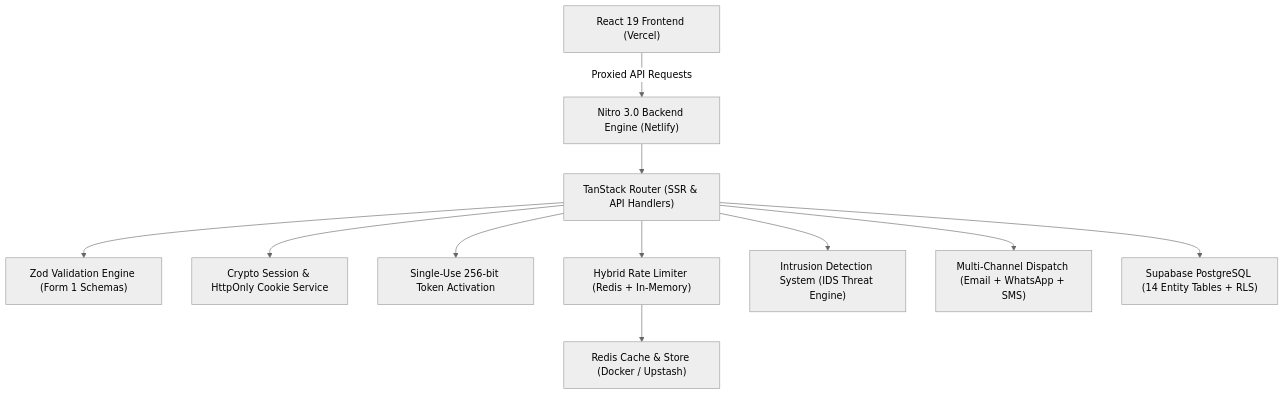
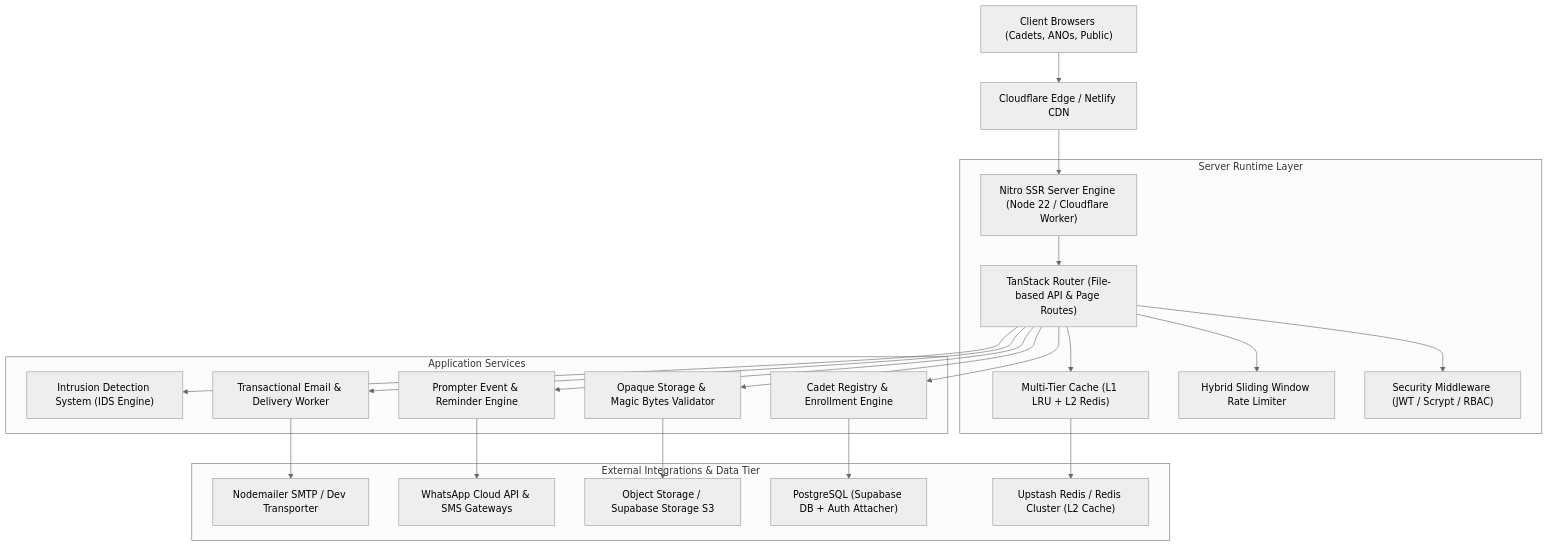
The diagram in README.md (Hellthefox808/NCC-CRM-V1.0), drawn with Mermaid (neutral theme) before and after one commit. The commit also changed other lines of this file and 107 other files, not shown here.

Commit message:
feat(release): enterprise CRM v1.0.0-PROD with multi-tier cache, full schema harmonization, 60/60 tests and enhanced docs

````diff
--- a/README.md
+++ b/README.md
@@ -29,25 +30,28 @@
 ```mermaid
 graph TD
-    CLIENT["React 19 Frontend (Vercel)"]
-    NETLIFY["Nitro 3.0 Backend Engine (Netlify)"]
-    ROUTER["TanStack Router (SSR & API Handlers)"]
-    VALIDATION["Zod Validation Engine (Form 1 Schemas)"]
-    AUTH["Crypto Session & HttpOnly Cookie Service"]
-    ACTIVATION["Single-Use 256-bit Token Activation"]
-    LIMITER["Hybrid Rate Limiter (Redis + In-Memory)"]
-    IDS["Intrusion Detection System (IDS Threat Engine)"]
-    NOTIFICATIONS["Multi-Channel Dispatch (Email + WhatsApp + SMS)"]
-    SUPABASE["Supabase PostgreSQL (14 Entity Tables + RLS)"]
-    REDIS["Redis Cache & Store (Docker / Upstash)"]
+    Client["Client Browsers (Cadets, ANOs, Public)"] --> Edge["Cloudflare Edge / Netlify CDN"]
+    Edge --> NitroSSR["Nitro SSR Server Engine (Node 22 / Cloudflare Worker)"]
+    
+    subgraph "Server Runtime Layer"
+        NitroSSR --> Router["TanStack Router (File-based API & Page Routes)"]
+        Router --> AuthMiddleware["Security Middleware (JWT / Scrypt / RBAC)"]
+        Router --> RateLimiter["Hybrid Sliding Window Rate Limiter"]
+        Router --> CacheLayer["Multi-Tier Cache (L1 LRU + L2 Redis)"]
+    end
+    
+    subgraph "Application Services"
+        Router --> CadetRegistry["Cadet Registry & Enrollment Engine"]
+        Router --> StorageService["Opaque Storage & Magic Bytes Validator"]
+        Router --> PrompterService["Prompter Event & Reminder Engine"]
+        Router --> QueueService["Transactional Email & Delivery Worker"]
+        Router --> IDSService["Intrusion Detection System (IDS Engine)"]
+    end
 
-    CLIENT -->|Proxied API Requests| NETLIFY
-    NETLIFY --> ROUTER
-    ROUTER --> VALIDATION
-    ROUTER --> AUTH
-    ROUTER --> ACTIVATION
-    ROUTER --> LIMITER
-    ROUTER --> IDS
-    ROUTER --> NOTIFICATIONS
-    ROUTER --> SUPABASE
-    LIMITER --> REDIS
+    subgraph "External Integrations & Data Tier"
+        CadetRegistry --> Supabase["PostgreSQL (Supabase DB + Auth Attacher)"]
+        StorageService --> S3["Object Storage / Supabase Storage S3"]
+        CacheLayer --> Redis["Upstash Redis / Redis Cluster (L2 Cache)"]
+        QueueService --> SMTP["Nodemailer SMTP / Dev Transporter"]
+        PrompterService --> WhatsApp["WhatsApp Cloud API & SMS Gateways"]
+    end
 ```
````
